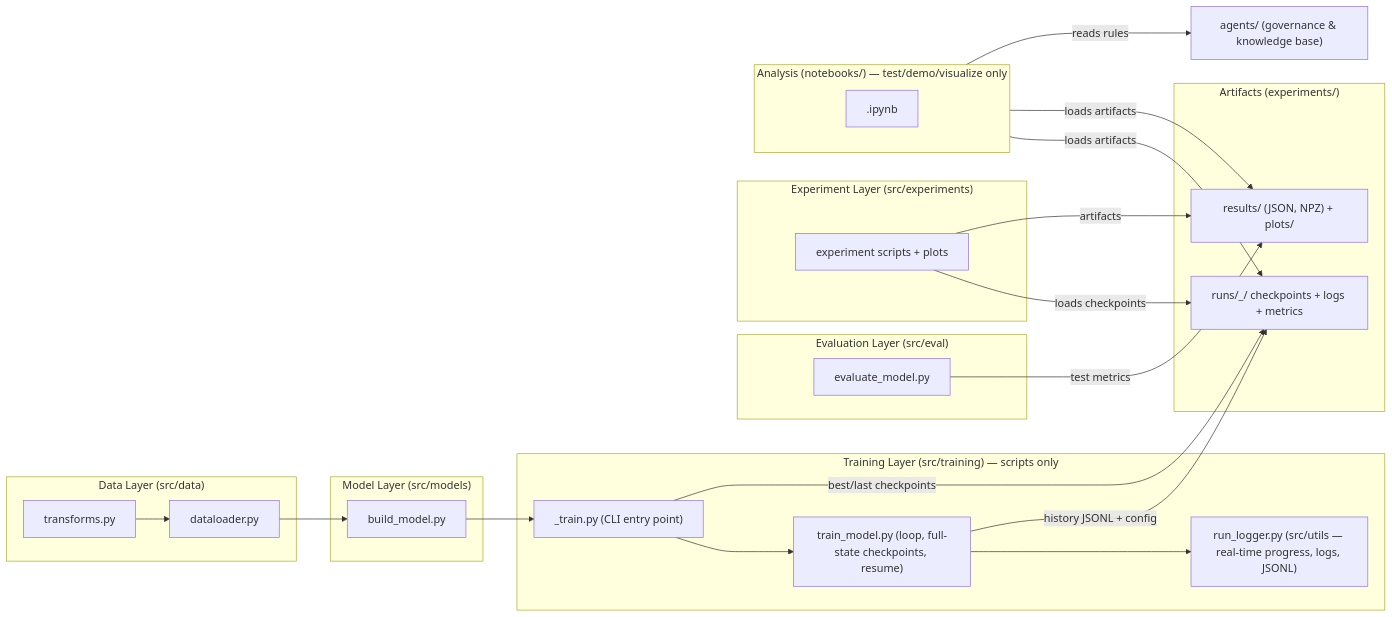
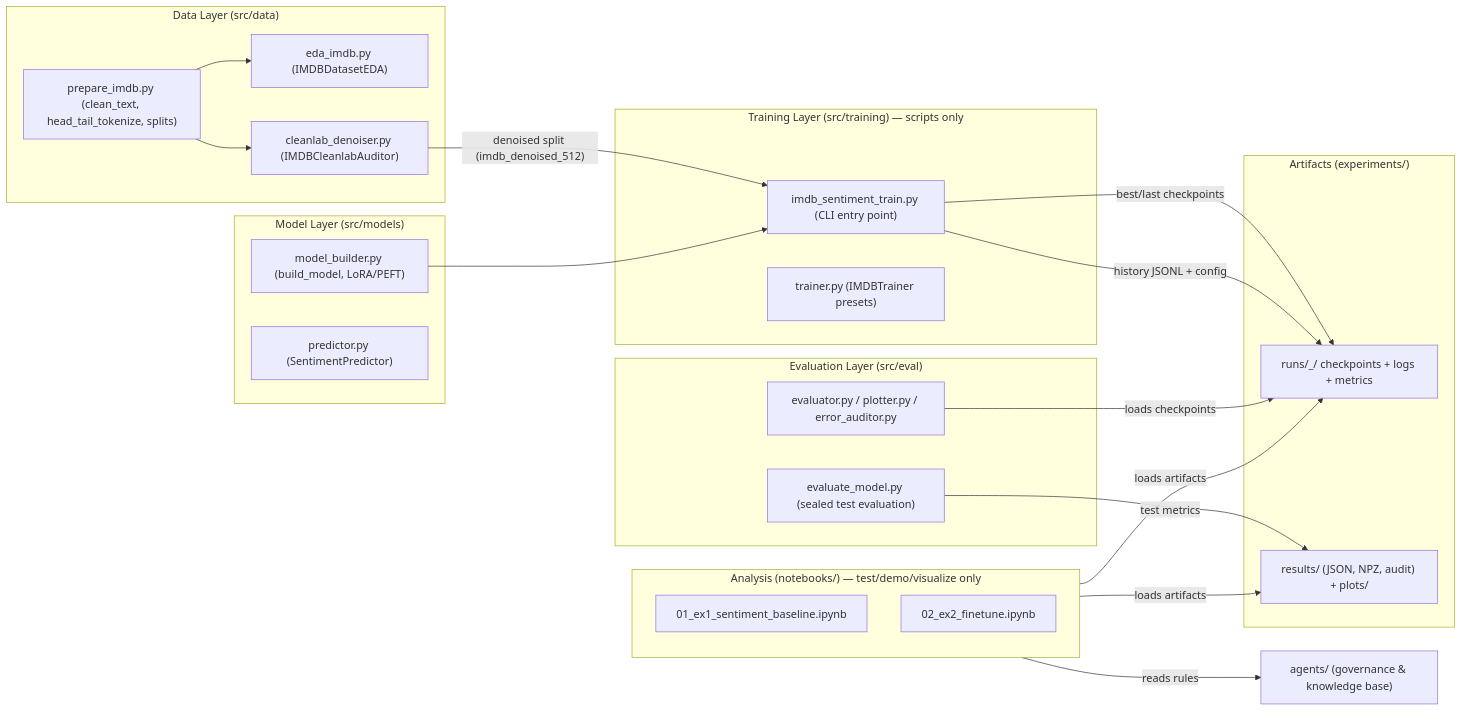
The diagram in README.MD (zombieTDV/Deeplearning_Course_UTH), drawn with Mermaid before and after one commit. The commit also changed other lines of this file, not shown here.

````diff
--- a/README.MD
+++ b/README.MD
@@ -22,43 +30,45 @@
 ```mermaid
 flowchart LR
     subgraph DATA["Data Layer (src/data)"]
-        A1["transforms.py"] --> A2["dataloader.py"]
+        A1["prepare_imdb.py (clean_text, head_tail_tokenize, splits)"]
+        A2["eda_imdb.py (IMDBDatasetEDA)"]
+        A3["cleanlab_denoiser.py (IMDBCleanlabAuditor)"]
     end
 
     subgraph MODEL["Model Layer (src/models)"]
-        B1["build_model.py"]
+        B1["model_builder.py (build_model, LoRA/PEFT)"]
+        B2["predictor.py (SentimentPredictor)"]
     end
 
     subgraph TRAIN["Training Layer (src/training) — scripts only"]
-        C1["<feature>_train.py (CLI entry point)"]
-        C2["train_model.py (loop, full-state checkpoints, resume)"]
-        C3["run_logger.py (src/utils — real-time progress, logs, JSONL)"]
+        C1["imdb_sentiment_train.py (CLI entry point)"]
+        C2["trainer.py (IMDBTrainer presets)"]
     end
 
     subgraph EVAL["Evaluation Layer (src/eval)"]
-        D1["evaluate_model.py"]
-    end
-
-    subgraph EXP["Experiment Layer (src/experiments)"]
-        E1["experiment scripts + plots"]
+        D1["evaluate_model.py (sealed test evaluation)"]
+        D2["evaluator.py / plotter.py / error_auditor.py"]
     end
 
     subgraph OUT["Artifacts (experiments/)"]
         F1["runs/<ts>_<run>/ checkpoints + logs + metrics"]
-        F2["results/ (JSON, NPZ) + plots/"]
+        F2["results/ (JSON, NPZ, audit) + plots/"]
     end
 
     subgraph NB["Analysis (notebooks/) — test/demo/visualize only"]
-        G1["<analysis>.ipynb"]
+        G1["01_ex1_sentiment_baseline.ipynb"]
+        G2["02_ex2_finetune.ipynb"]
     end
 
-    A2 --> B1 --> C1 --> C2 --> C3
+    A1 --> A2
+    A1 --> A3
+    A3 -->|"denoised split (imdb_denoised_512)"| C1
+    B1 --> C1
     C1 -->|"best/last checkpoints"| F1
-    C2 -->|"history JSONL + config"| F1
-    E1 -->|"loads checkpoints"| F1
-    E1 -->|"artifacts"| F2
+    C1 -->|"history JSONL + config"| F1
     D1 -->|"test metrics"| F2
+    D2 -->|"loads checkpoints"| F1
     NB -->|"loads artifacts"| F1
     NB -->|"loads artifacts"| F2
     NB -->|"reads rules"| GOV["agents/ (governance & knowledge base)"]
 ```
````
